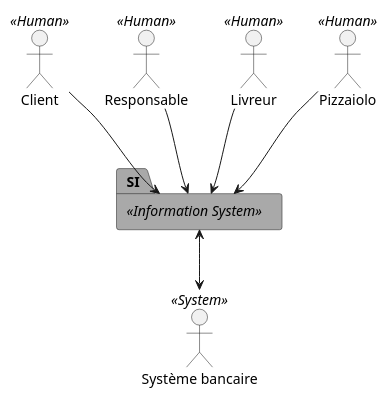
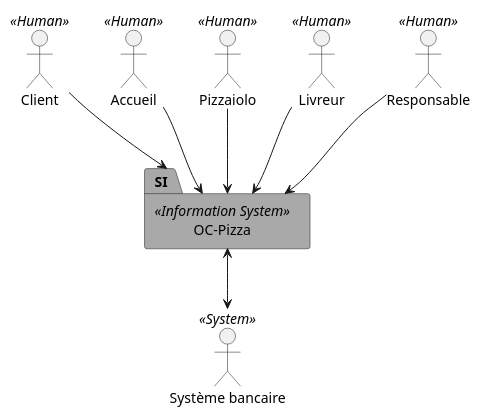
One commit to rvallet/oc-pizza changed the diagram in uml/src/context-diagram.puml. Above: the diagram before and after it, drawn with PlantUML. The commit also changed 5 other files, not shown here.

Commit message:
updated uml

```diff
--- a/uml/src/context-diagram.puml
+++ b/uml/src/context-diagram.puml
@@ -1,19 +1,32 @@
 @startuml
+/' Start UML Class '/
+/' Flow Direction '/
+
+
+/' Actor and Entity '/
 :Client: << Human >>
 :Responsable: << Human >>
 :Livreur: << Human >>
+:Accueil: <<Human>>
 :Pizzaiolo: << Human >>
 :Système bancaire: << System >> as bank
+package OC-Pizza <<Information System>> as SI #A9A9A9 {
+}
 /':Points de vente: << System >> as pdv'/
 
+/' Ordering actor and entity '/
+Client -[hidden] Accueil
+Accueil -[hidden] Pizzaiolo
+Pizzaiolo -[hidden] Livreur
+Livreur -[hidden] Responsable
+
+/' Context Relationship '/
 Client --> SI
 Responsable --> SI
 Livreur --> SI
+Accueil --> SI
 Pizzaiolo --> SI
 SI <--> bank
-/'SI <--> pdv'/
 
-package OC-Pizza <<Information System>> as SI #A9A9A9 {
-}
-
+/' End UML Class '/
 @enduml
```
